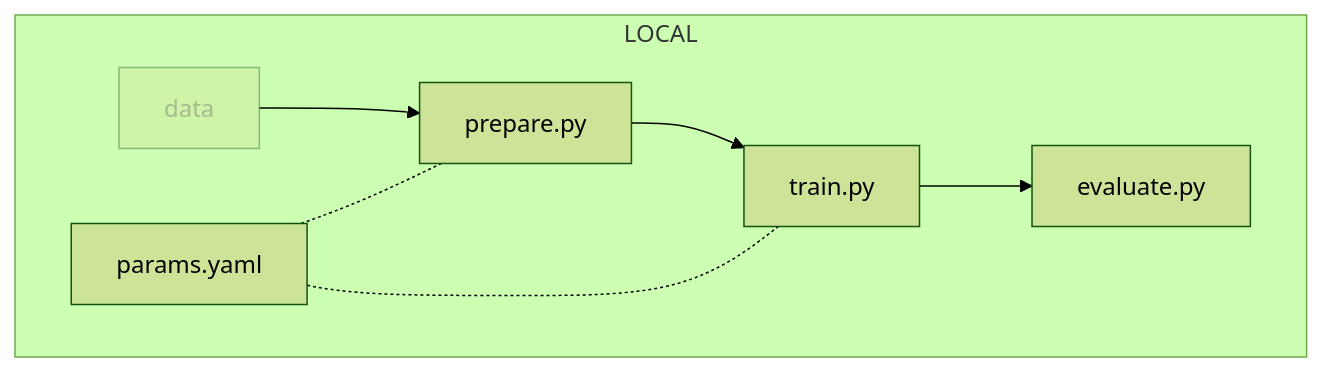
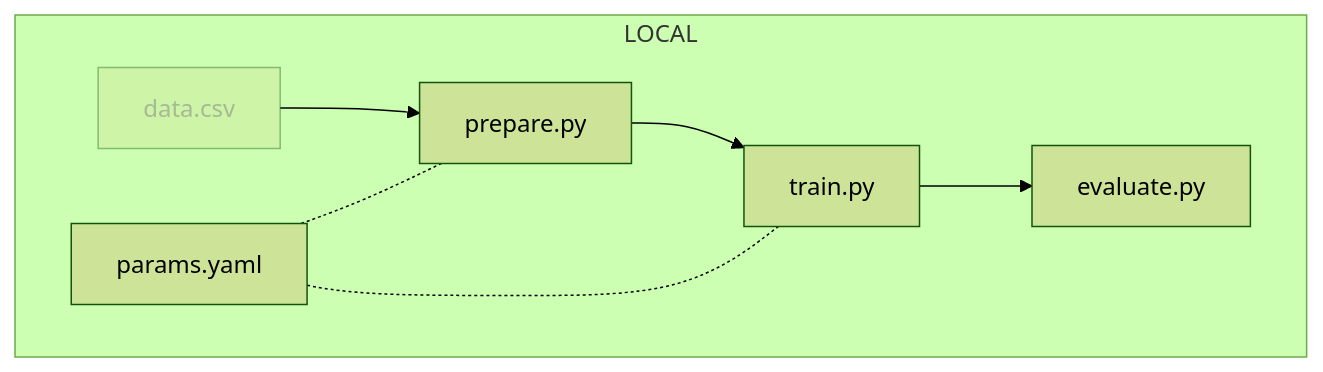
Before and after one commit to swiss-ai-center/a-guide-to-mlops: the diagram in docs/part-1-local-training-and-model-evaluation/chapter-2-adapt-and-move-the-jupyter-notebook-to-python-scripts/index.md, drawn with Mermaid (forest theme). The commit also changed 1 other file, not shown here.

Commit message:
Improve Mermaid graphs

````diff
--- a/docs/part-1-local-training-and-model-evaluation/chapter-2-adapt-and-move-the-jupyter-notebook-to-python-scripts/index.md
+++ b/docs/part-1-local-training-and-model-evaluation/chapter-2-adapt-and-move-the-jupyter-notebook-to-python-scripts/index.md
@@ -79,12 +79,12 @@
 ```mermaid
 flowchart
-	subgraph 356399["LOCAL"]
-		927342["data"] --> 672354
-        672354["prepare.py"] --> 347464
-		347464["train.py"] --> 964259
-		964259["evaluate.py"]
-        238472["params.yaml"] -.- 672354
-        238472 -.- 347464
-	end
-    style 927342 opacity:0.4,color:#7f7f7f80
+    subgraph graph[LOCAL]
+        data[data.csv] --> prepare
+        prepare[prepare.py] --> train
+        train[train.py] --> evaluate
+        evaluate[evaluate.py]
+        params[params.yaml] -.- prepare
+        params -.- train
+    end
+    style data opacity:0.4,color:#7f7f7f80
 ```
````
